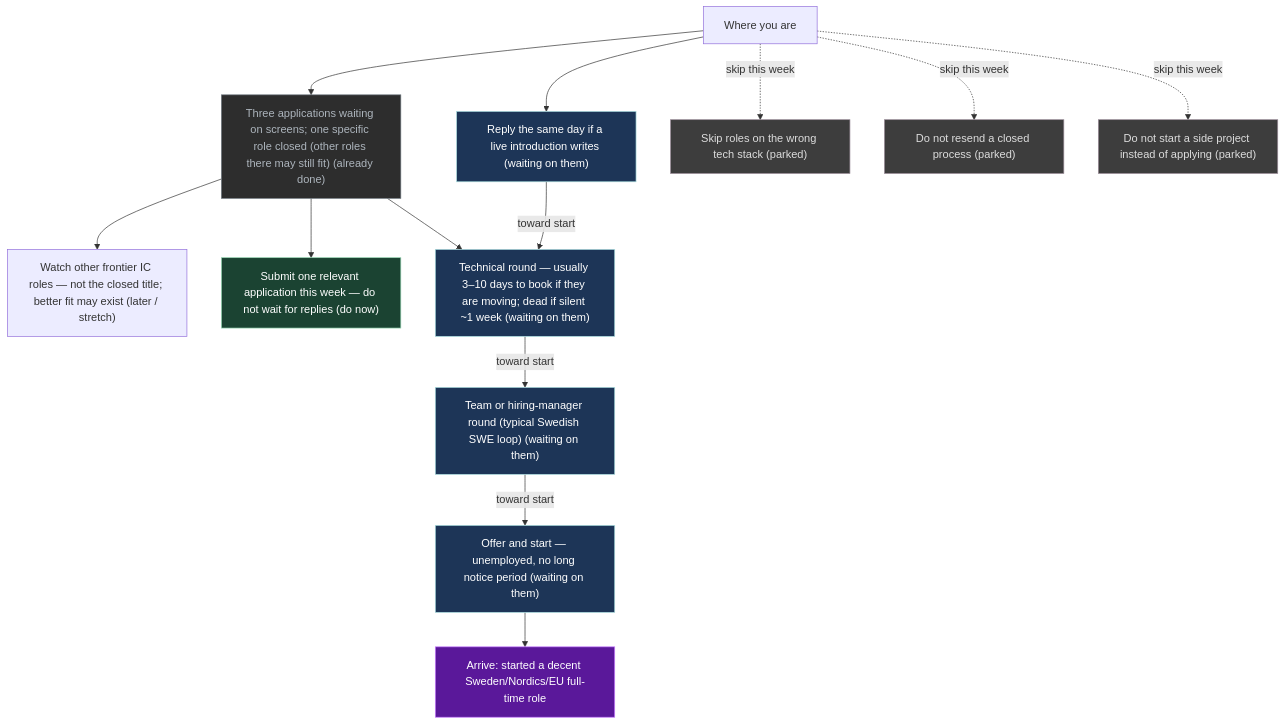
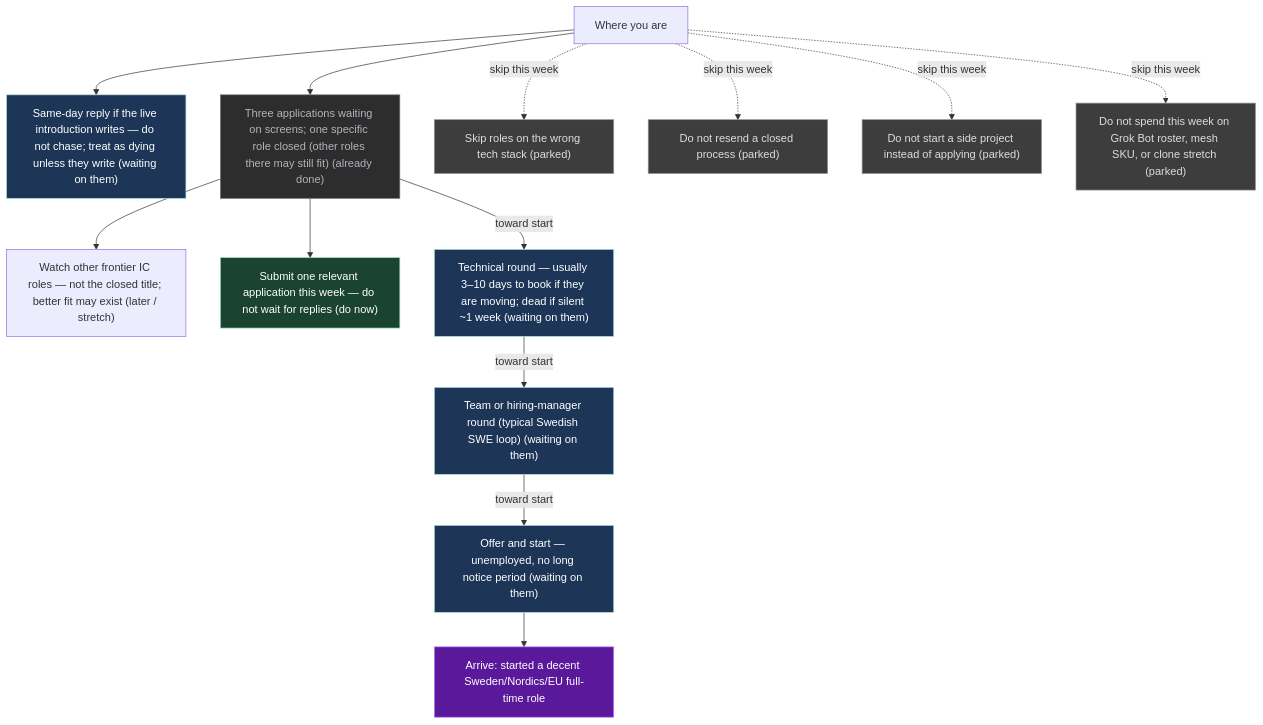
One commit to p10ns11y/life-os changed the diagram in UI/Mission.md. Above: the diagram before and after it, drawn with Mermaid. The commit also changed other lines of this file and 7 other files, not shown here.

````diff
--- a/UI/Mission.md
+++ b/UI/Mission.md
@@ -67,37 +68,38 @@
 ```mermaid
 flowchart TB
   x["Where you are"]
   G["Arrive: started a decent Sweden/Nordics/EU full-time role"]
-  S0["Reply the same day if a live introduction writes (waiting on them)"]
+  S0["Same-day reply if the live introduction writes — do not chase; treat as dying unless they write (waiting on them)"]
   S1["Three applications waiting on screens; one specific role closed (other roles there may still fit) (already done)"]
   S2["Watch other frontier IC roles — not the closed title; better fit may exist (later / stretch)"]
   S3["Submit one relevant application this week — do not wait for replies (do now)"]
   S4["Technical round — usually 3–10 days to book if they are moving; dead if silent ~1 week (waiting on them)"]
   S4b["Team or hiring-manager round (typical Swedish SWE loop) (waiting on them)"]
   S5["Offer and start — unemployed, no long notice period (waiting on them)"]
   P1["Skip roles on the wrong tech stack (parked)"]
   P2["Do not resend a closed process (parked)"]
   P3["Do not start a side project instead of applying (parked)"]
+  P4["Do not spend this week on Grok Bot roster, mesh SKU, or clone stretch (parked)"]
   x --> S0
   x --> S1
   S1 --> S2
   S1 --> S3
-  S0 -->|"toward start"| S4
-  S1 --> S4
+  S1 -->|"toward start"| S4
   S4 -->|"toward start"| S4b
   S4b -->|"toward start"| S5
   x -.->|"skip this week"| P1
   x -.->|"skip this week"| P2
   x -.->|"skip this week"| P3
+  x -.->|"skip this week"| P4
   S5 --> G
   classDef do fill:#1b4332,stroke:#95d5b2,color:#fff
   classDef wait fill:#1d3557,stroke:#a8dadc,color:#fff
   classDef park fill:#3d3d3d,stroke:#9a8c98,color:#ddd
   classDef done fill:#2d2d2d,stroke:#6c757d,color:#adb5bd
   classDef goal fill:#5a189a,stroke:#c77dff,color:#fff
   class G goal
   class S3 do
   class S0,S4,S4b,S5 wait
-  class P1,P2,P3 park
+  class P1,P2,P3,P4 park
   class S1 done
 ```
````
